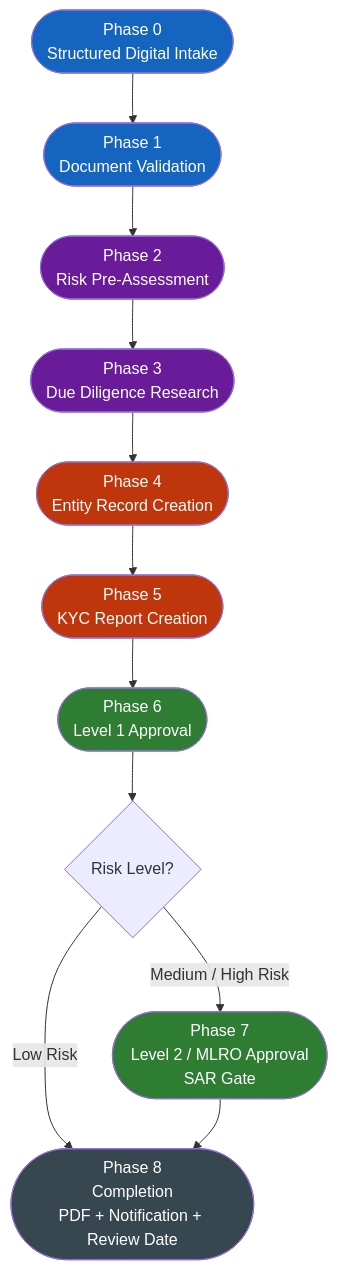
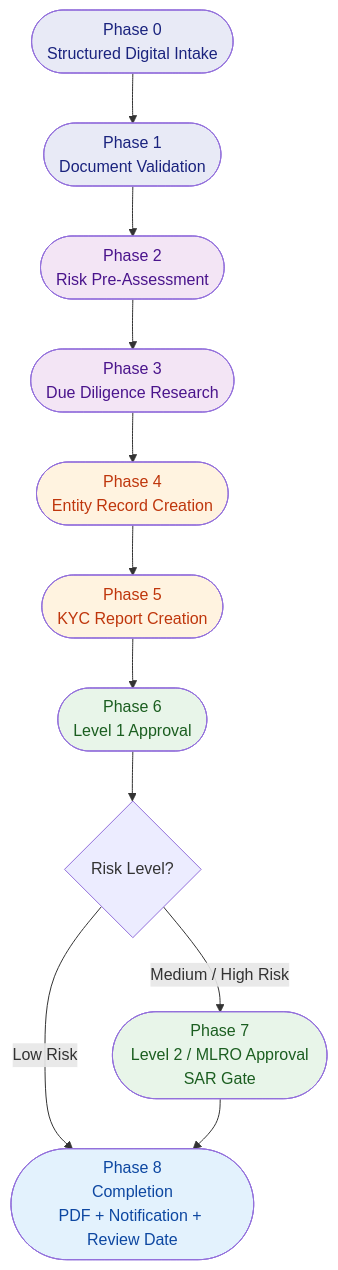
Before and after one commit to mazharr-hussain/KycReport: the first of 8 diagrams in docs/diagrams/best-practice-e2e.md, drawn with Mermaid. The commit also changed other lines of this file and 7 other files, not shown here.

First line of the commit message:
Switch all diagrams to light pastel palette with dark text

````diff
--- a/docs/diagrams/best-practice-e2e.md
+++ b/docs/diagrams/best-practice-e2e.md
@@ -9,28 +9,28 @@
 ```mermaid
 flowchart TD
     P0([Phase 0\nStructured Digital Intake]) --> P1
     P1([Phase 1\nDocument Validation]) --> P2
     P2([Phase 2\nRisk Pre-Assessment]) --> P3
     P3([Phase 3\nDue Diligence Research]) --> P4
     P4([Phase 4\nEntity Record Creation]) --> P5
     P5([Phase 5\nKYC Report Creation]) --> P6
     P6([Phase 6\nLevel 1 Approval]) --> P7_BRANCH
 
     P7_BRANCH{Risk Level?}
     P7_BRANCH -->|Low Risk| FINAL
     P7_BRANCH -->|Medium / High Risk| P7
 
     P7([Phase 7\nLevel 2 / MLRO Approval\nSAR Gate]) --> FINAL
 
     FINAL([Phase 8\nCompletion\nPDF + Notification + Review Date])
 
-    style P0 fill:#1565C0,color:#fff
-    style P1 fill:#1565C0,color:#fff
-    style P2 fill:#6A1B9A,color:#fff
-    style P3 fill:#6A1B9A,color:#fff
-    style P4 fill:#BF360C,color:#fff
-    style P5 fill:#BF360C,color:#fff
-    style P6 fill:#2E7D32,color:#fff
-    style P7 fill:#2E7D32,color:#fff
-    style FINAL fill:#37474F,color:#fff
+    style P0 fill:#E8EAF6,color:#1A237E
+    style P1 fill:#E8EAF6,color:#1A237E
+    style P2 fill:#F3E5F5,color:#4A148C
+    style P3 fill:#F3E5F5,color:#4A148C
+    style P4 fill:#FFF3E0,color:#BF360C
+    style P5 fill:#FFF3E0,color:#BF360C
+    style P6 fill:#E8F5E9,color:#1B5E20
+    style P7 fill:#E8F5E9,color:#1B5E20
+    style FINAL fill:#E3F2FD,color:#0D47A1
 ```
````
